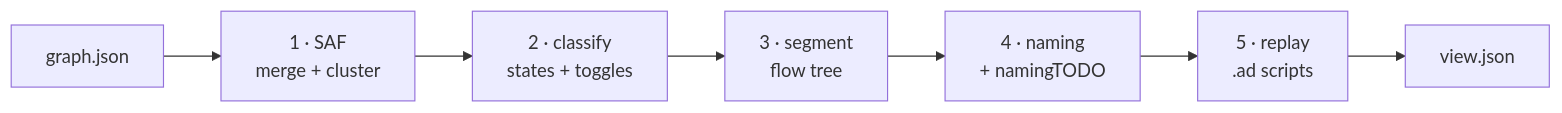
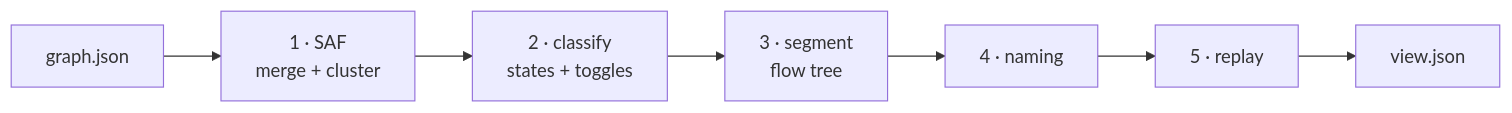
Before and after one commit to dalxds/wallets-gallery: the third of 7 diagrams in README.md, drawn with Mermaid. The commit also changed other lines of this file and 3 other files, not shown here.

````diff
--- a/README.md
+++ b/README.md
@@ -318,9 +290,9 @@
 ```mermaid
 flowchart LR
   g["graph.json"] --> s1["1 · SAF<br/>merge + cluster"]
   s1 --> s2["2 · classify<br/>states + toggles"]
   s2 --> s3["3 · segment<br/>flow tree"]
-  s3 --> s4["4 · naming<br/>+ namingTODO"]
-  s4 --> s5["5 · replay<br/>.ad scripts"]
+  s3 --> s4["4 · naming"]
+  s4 --> s5["5 · replay"]
   s5 --> v["view.json"]
 ```
````
